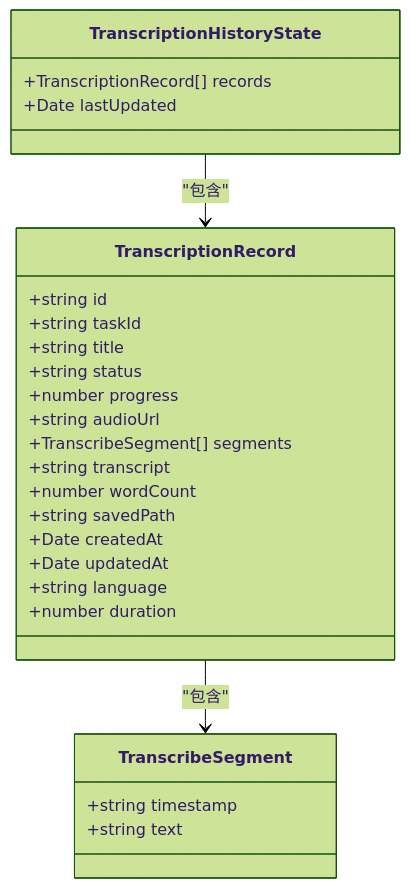
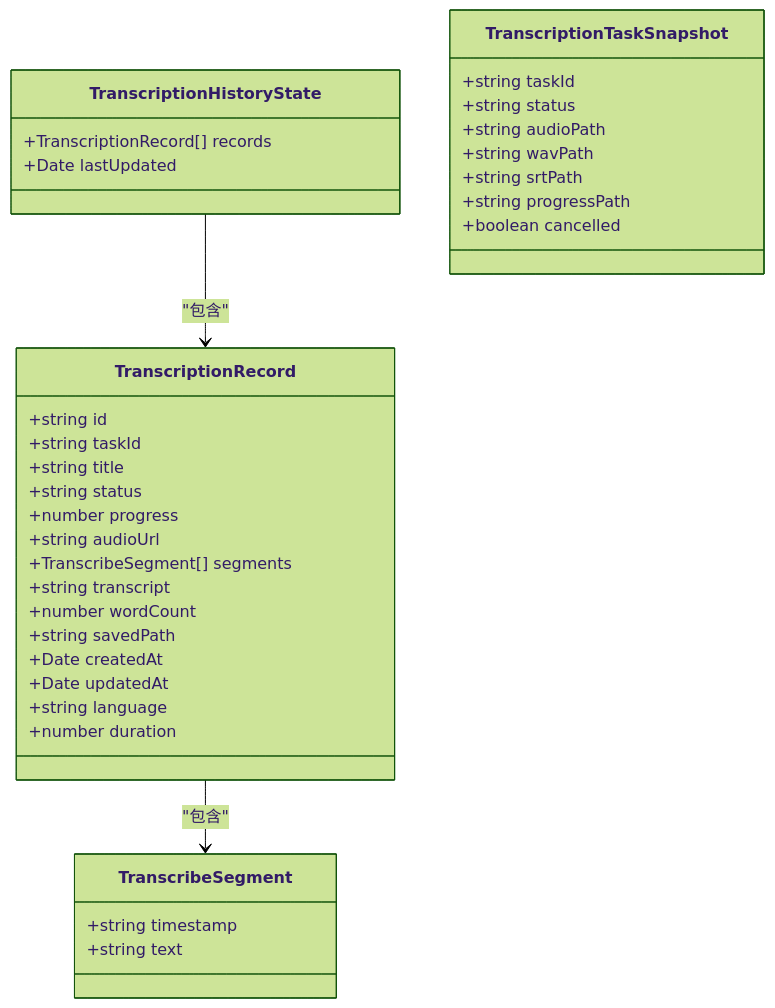
One commit to clawbotai/memo-flow changed the second of 13 diagrams in .qoder/repowiki/zh/content/Transcription History System.md. Above: the diagram before and after it, drawn with Mermaid (forest theme). The commit also changed other lines of this file and 4 other files, not shown here.

````diff
--- a/.qoder/repowiki/zh/content/Transcription History System.md
+++ b/.qoder/repowiki/zh/content/Transcription History System.md
@@ -82,29 +95,38 @@
 ```mermaid
 classDiagram
 class TranscriptionRecord {
 +string id
 +string taskId
 +string title
 +string status
 +number progress
 +string audioUrl
 +TranscribeSegment[] segments
 +string transcript
 +number wordCount
 +string savedPath
 +Date createdAt
 +Date updatedAt
 +string language
 +number duration
 }
 class TranscriptionHistoryState {
 +TranscriptionRecord[] records
 +Date lastUpdated
 }
 class TranscribeSegment {
 +string timestamp
 +string text
 }
+class TranscriptionTaskSnapshot {
++string taskId
++string status
++string audioPath
++string wavPath
++string srtPath
++string progressPath
++boolean cancelled
+}
 TranscriptionHistoryState --> TranscriptionRecord : "包含"
 TranscriptionRecord --> TranscribeSegment : "包含"
 ```
````
